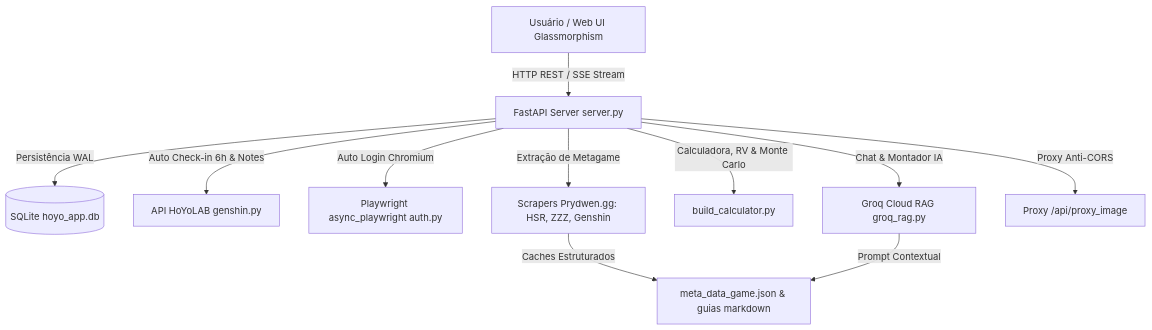
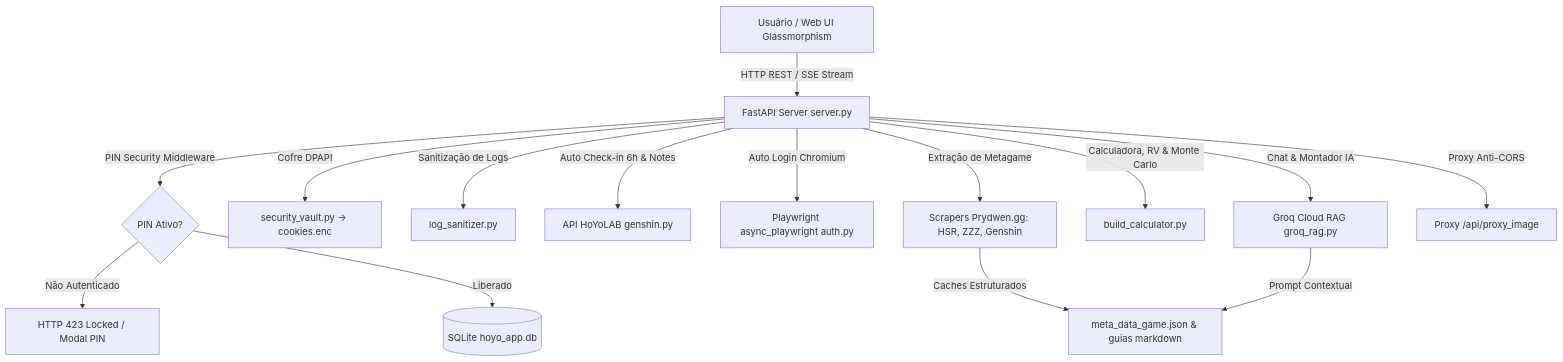
The diagram in README.md (Lacas0010/Cabeca_de_Droid), drawn with Mermaid before and after one commit. The commit also changed other lines of this file and 9 other files, not shown here.

Commit message:
feat: implement encrypted credential vault, log sanitization, and secure session management

````diff
--- a/README.md
+++ b/README.md
@@ -54,13 +106,17 @@
 ```mermaid
 graph TD
     A[Usuário / Web UI Glassmorphism] -->|HTTP REST / SSE Stream| B[FastAPI Server server.py]
-    B -->|Persistência WAL| C[(SQLite hoyo_app.db)]
+    B -->|PIN Security Middleware| SEC{PIN Ativo?}
+    SEC -->|Não Autenticado| LOCK[HTTP 423 Locked / Modal PIN]
+    SEC -->|Liberado| C[(SQLite hoyo_app.db)]
+    B -->|Cofre DPAPI| V[security_vault.py -> cookies.enc]
+    B -->|Sanitização de Logs| S[log_sanitizer.py]
     B -->|Auto Check-in 6h & Notes| D[API HoYoLAB genshin.py]
     B -->|Auto Login Chromium| E[Playwright async_playwright auth.py]
     B -->|Extração de Metagame| F[Scrapers Prydwen.gg: HSR, ZZZ, Genshin]
     B -->|Calculadora, RV & Monte Carlo| G[build_calculator.py]
     B -->|Chat & Montador IA| H[Groq Cloud RAG groq_rag.py]
     B -->|Proxy Anti-CORS| I[Proxy /api/proxy_image]
     F -->|Caches Estruturados| J[meta_data_game.json & guias markdown]
     H -->|Prompt Contextual| J
 ```
````
